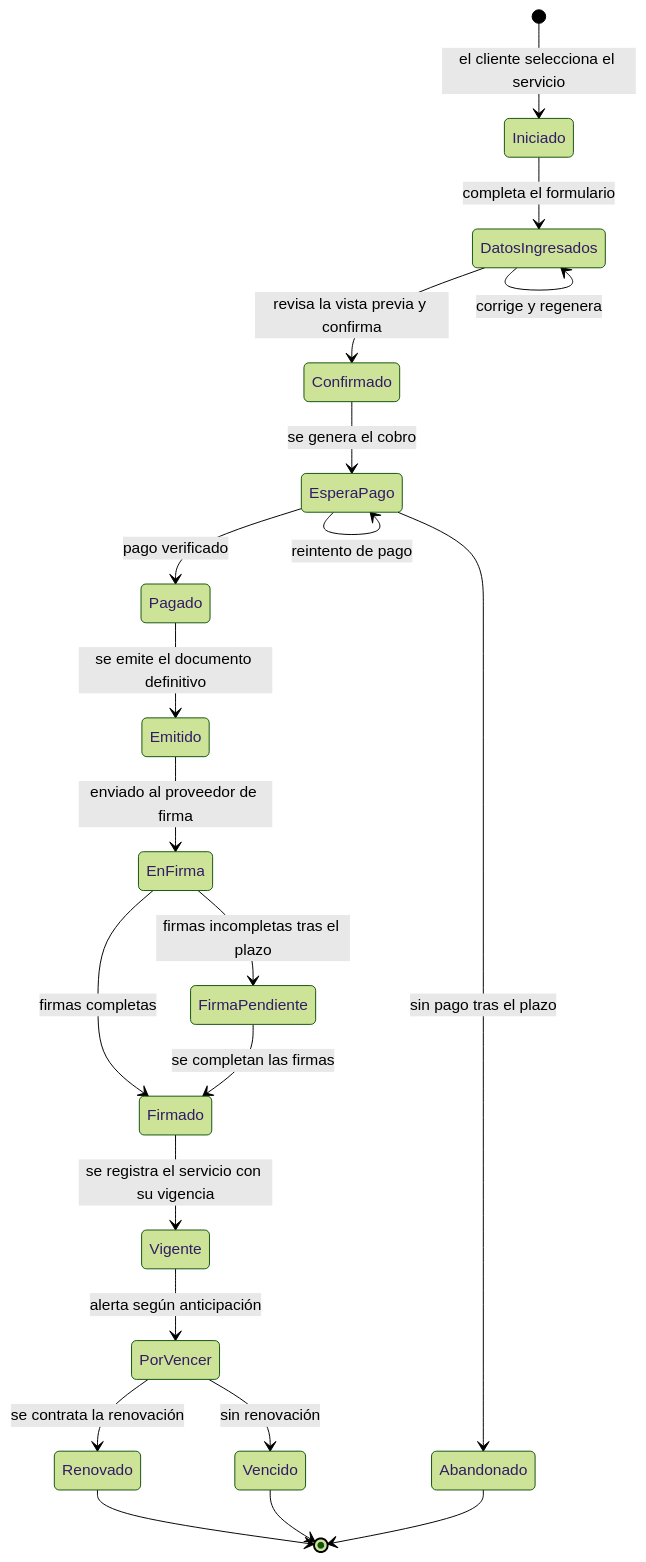
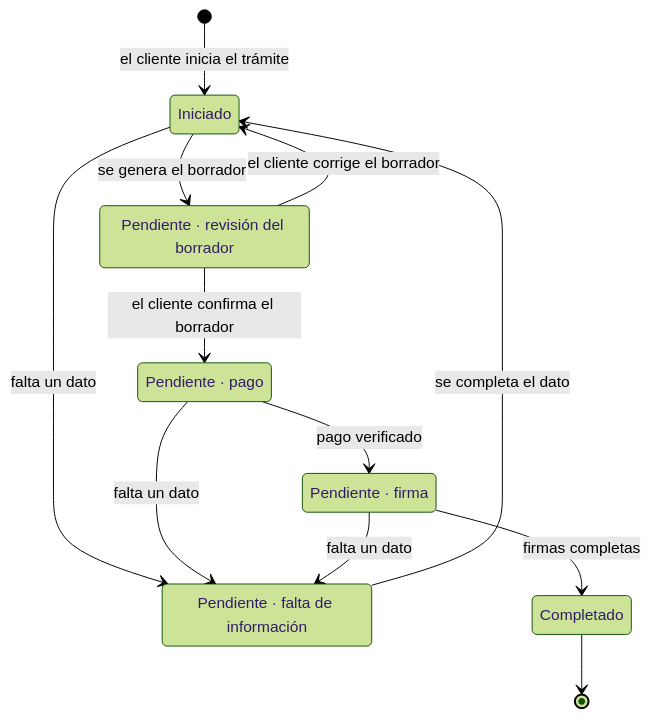
One commit to fecartagena/CRM---Easy-Office changed the diagram in Fase 2/Evidencias Proyecto/Documentación/03_alcance/FUN-001_Ficha_Funcional_Piloto.md. Above: the diagram before and after it, drawn with Mermaid (forest theme). The commit also changed other lines of this file, not shown here.

First line of the commit message:
Actualizar FUN-001 a v1.1 con las decisiones de ACTA-002

````diff
--- a/Fase 2/Evidencias Proyecto/Documentación/03_alcance/FUN-001_Ficha_Funcional_Piloto.md
+++ b/Fase 2/Evidencias Proyecto/Documentación/03_alcance/FUN-001_Ficha_Funcional_Piloto.md
@@ -164,23 +215,21 @@
 ```mermaid
 stateDiagram-v2
-    [*] --> Iniciado: el cliente selecciona el servicio
-    Iniciado --> DatosIngresados: completa el formulario
-    DatosIngresados --> DatosIngresados: corrige y regenera
-    DatosIngresados --> Confirmado: revisa la vista previa y confirma
-    Confirmado --> EsperaPago: se genera el cobro
-    EsperaPago --> EsperaPago: reintento de pago
-    EsperaPago --> Pagado: pago verificado
-    EsperaPago --> Abandonado: sin pago tras el plazo
-    Pagado --> Emitido: se emite el documento definitivo
-    Emitido --> EnFirma: enviado al proveedor de firma
-    EnFirma --> Firmado: firmas completas
-    EnFirma --> FirmaPendiente: firmas incompletas tras el plazo
-    FirmaPendiente --> Firmado: se completan las firmas
-    Firmado --> Vigente: se registra el servicio con su vigencia
-    Vigente --> PorVencer: alerta según anticipación
-    PorVencer --> Renovado: se contrata la renovación
-    PorVencer --> Vencido: sin renovación
-    Renovado --> [*]
-    Vencido --> [*]
-    Abandonado --> [*]
+    state "Iniciado" as INI
+    state "Pendiente · revisión del borrador" as P_REV
+    state "Pendiente · pago" as P_PAGO
+    state "Pendiente · firma" as P_FIRMA
+    state "Pendiente · falta de información" as P_INFO
+    state "Completado" as COMP
+
+    [*] --> INI: el cliente inicia el trámite
+    INI --> P_REV: se genera el borrador
+    INI --> P_INFO: falta un dato
+    P_REV --> INI: el cliente corrige el borrador
+    P_REV --> P_PAGO: el cliente confirma el borrador
+    P_PAGO --> P_FIRMA: pago verificado
+    P_PAGO --> P_INFO: falta un dato
+    P_INFO --> INI: se completa el dato
+    P_FIRMA --> COMP: firmas completas
+    P_FIRMA --> P_INFO: falta un dato
+    COMP --> [*]
 ```
````
